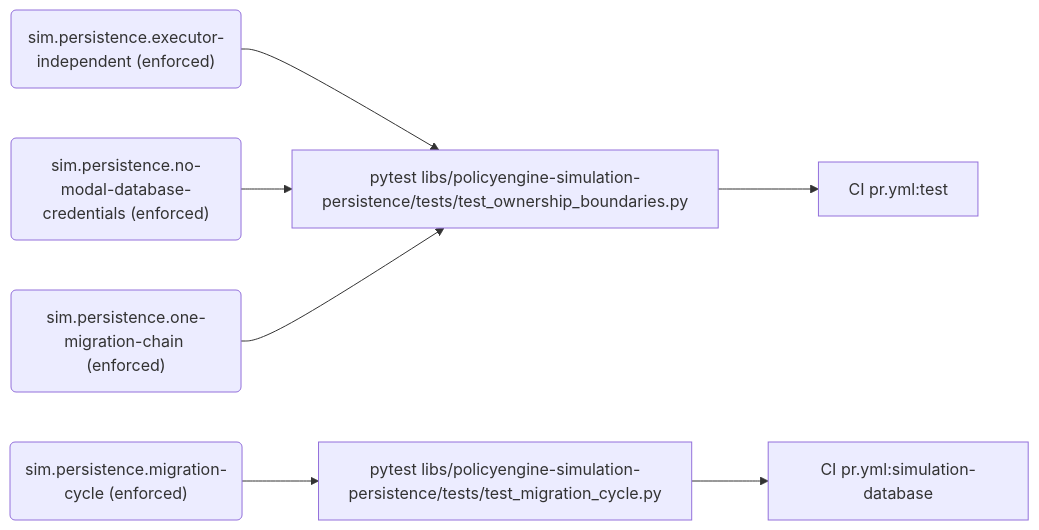
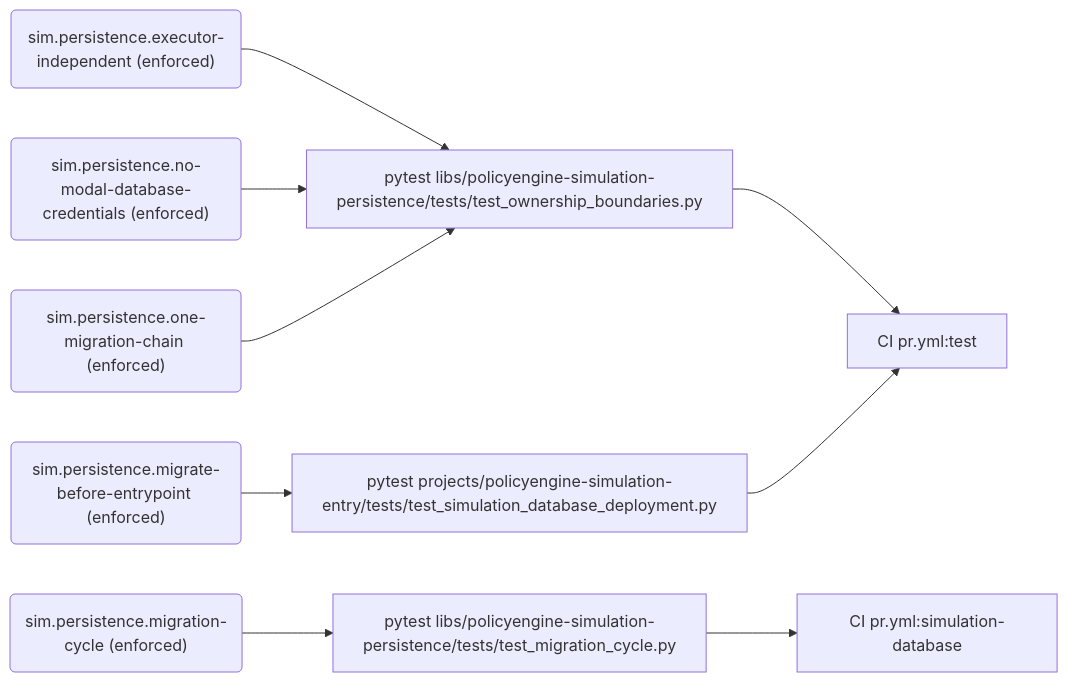
Before and after one commit to PolicyEngine/policyengine-sim-api: the third of 11 diagrams in docs/generated/rules.md, drawn with Mermaid. The commit also changed other lines of this file and 12 other files, not shown here.

````diff
--- a/docs/generated/rules.md
+++ b/docs/generated/rules.md
@@ -147,17 +149,21 @@
 ```mermaid
 flowchart LR
   r_sim_persistence_executor_independent("sim.persistence.executor-independent (enforced)")
   e_pytest_libs_policyengine_simulation_persistence_tests_test_ownership_boundaries_py["pytest libs/policyengine-simulation-persistence/tests/test_ownership_boundaries.py"]
   j_CI_pr_yml_test["CI pr.yml:test"]
+  r_sim_persistence_migrate_before_entrypoint("sim.persistence.migrate-before-entrypoint (enforced)")
+  e_pytest_projects_policyengine_simulation_entry_tests_test_simulation_database_deployment_py["pytest projects/policyengine-simulation-entry/tests/test_simulation_database_deployment.py"]
   r_sim_persistence_migration_cycle("sim.persistence.migration-cycle (enforced)")
   e_pytest_libs_policyengine_simulation_persistence_tests_test_migration_cycle_py["pytest libs/policyengine-simulation-persistence/tests/test_migration_cycle.py"]
   j_CI_pr_yml_simulation_database["CI pr.yml:simulation-database"]
   r_sim_persistence_no_modal_database_credentials("sim.persistence.no-modal-database-credentials (enforced)")
   r_sim_persistence_one_migration_chain("sim.persistence.one-migration-chain (enforced)")
   r_sim_persistence_executor_independent --> e_pytest_libs_policyengine_simulation_persistence_tests_test_ownership_boundaries_py
   e_pytest_libs_policyengine_simulation_persistence_tests_test_ownership_boundaries_py --> j_CI_pr_yml_test
+  r_sim_persistence_migrate_before_entrypoint --> e_pytest_projects_policyengine_simulation_entry_tests_test_simulation_database_deployment_py
+  e_pytest_projects_policyengine_simulation_entry_tests_test_simulation_database_deployment_py --> j_CI_pr_yml_test
   r_sim_persistence_migration_cycle --> e_pytest_libs_policyengine_simulation_persistence_tests_test_migration_cycle_py
   e_pytest_libs_policyengine_simulation_persistence_tests_test_migration_cycle_py --> j_CI_pr_yml_simulation_database
   r_sim_persistence_no_modal_database_credentials --> e_pytest_libs_policyengine_simulation_persistence_tests_test_ownership_boundaries_py
   r_sim_persistence_one_migration_chain --> e_pytest_libs_policyengine_simulation_persistence_tests_test_ownership_boundaries_py
 ```
````
